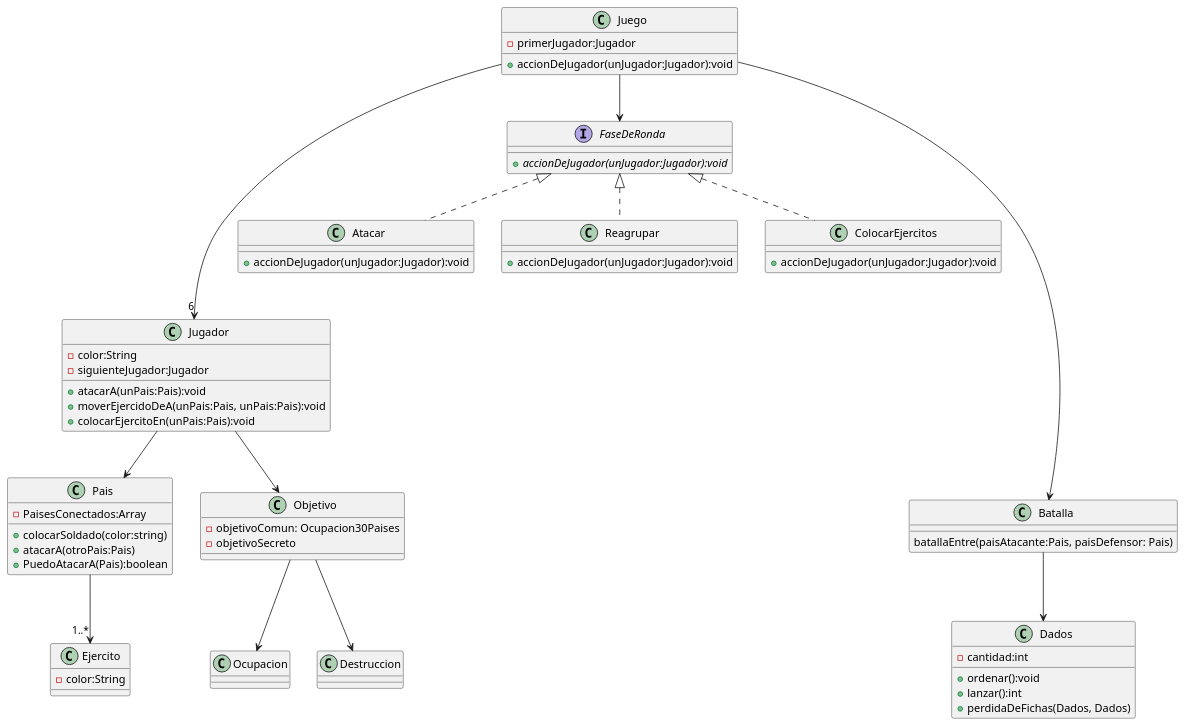
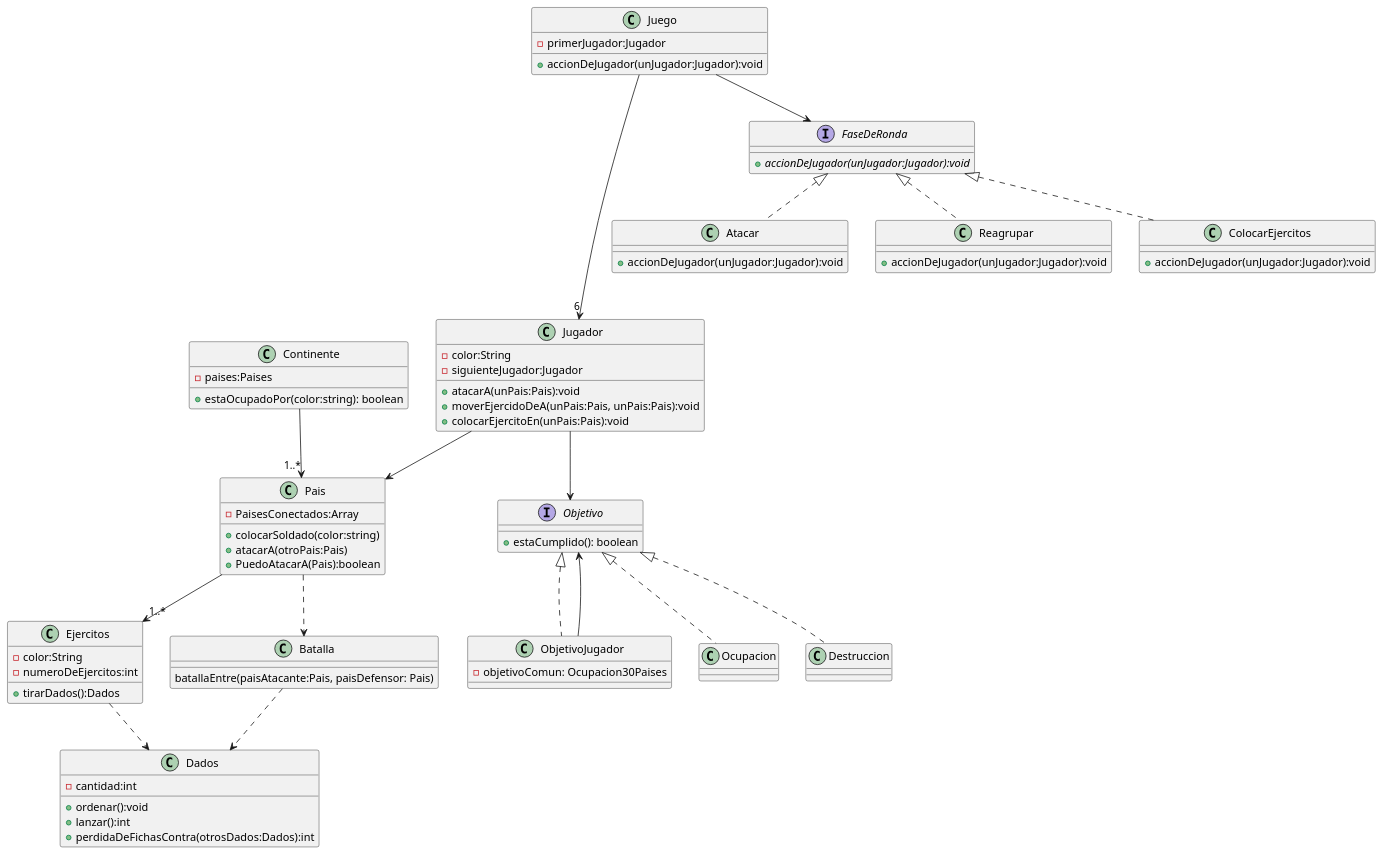
One commit to julia-valdo/Algoritmos-3.TP2 changed the diagram in Classes.puml. Above: the diagram before and after it, drawn with PlantUML. The commit also changed 1 other file, not shown here.

Commit message:
Posibilidad de ampliado de diagrama de secuencia, posibilidad de cambios en diagrama de clases

```diff
--- a/Classes.puml
+++ b/Classes.puml
@@ -1,83 +1,98 @@
 @startuml
 'https://plantuml.com/class-diagram
 
 class Juego{
 -primerJugador:Jugador
 +accionDeJugador(unJugador:Jugador):void
 }
 
 class Jugador{
 -color:String
 -siguienteJugador:Jugador
 +atacarA(unPais:Pais):void
 +moverEjercidoDeA(unPais:Pais, unPais:Pais):void
 +colocarEjercitoEn(unPais:Pais):void
 }
 
-class Ejercito{
+class Ejercitos{
 -color:String
+-numeroDeEjercitos:int
++tirarDados():Dados
 }
 
 
 class Pais{
 -PaisesConectados:Array
 +colocarSoldado(color:string)
 +atacarA(otroPais:Pais)
 +PuedoAtacarA(Pais):boolean
 }
 
 
-class Objetivo{
+class ObjetivoJugador{
 -objetivoComun: Ocupacion30Paises
--objetivoSecreto
+
 }
 
 class Dados{
 -cantidad:int
 +ordenar():void
 +lanzar():int
-+perdidaDeFichas(Dados, Dados)
++perdidaDeFichasContra(otrosDados:Dados):int
+}
+
+class Continente{
+-paises:Paises
++ estaOcupadoPor(color:string): boolean
 }
 
 interface FaseDeRonda{
 +{abstract} accionDeJugador(unJugador:Jugador):void
+}
+
+interface Objetivo{
++ estaCumplido(): boolean
 }
 
 class Atacar{
 +accionDeJugador(unJugador:Jugador):void
 }
 
 class Reagrupar{
 +accionDeJugador(unJugador:Jugador):void
 }
 
 class ColocarEjercitos{
 +accionDeJugador(unJugador:Jugador):void
 }
 
 class Batalla{
     batallaEntre(paisAtacante:Pais, paisDefensor: Pais)
 }
 
 Juego ---->"6" Jugador
 Juego --> FaseDeRonda
 
 FaseDeRonda <|.. Atacar
 FaseDeRonda <|.. Reagrupar
 FaseDeRonda <|.. ColocarEjercitos
 
 
 Jugador --> Pais
 Jugador --> Objetivo
 
 
-Pais --> "1..*"Ejercito
+Pais --> "1..*"Ejercitos
 
-Objetivo --> Ocupacion
-Objetivo --> Destruccion
+Objetivo <|.. ObjetivoJugador
+Objetivo <|.. Ocupacion
+Objetivo <|.. Destruccion
+ObjetivoJugador --> Objetivo
 
-Juego -----> Batalla
-Batalla --> Dados
+Pais ..> Batalla
+Ejercitos ..> Dados
+Batalla ..> Dados
 
+Continente --> "1..*" Pais
 
 @enduml
```
